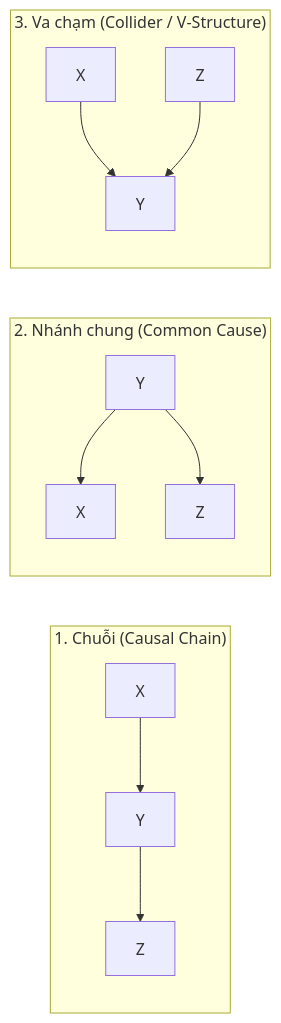
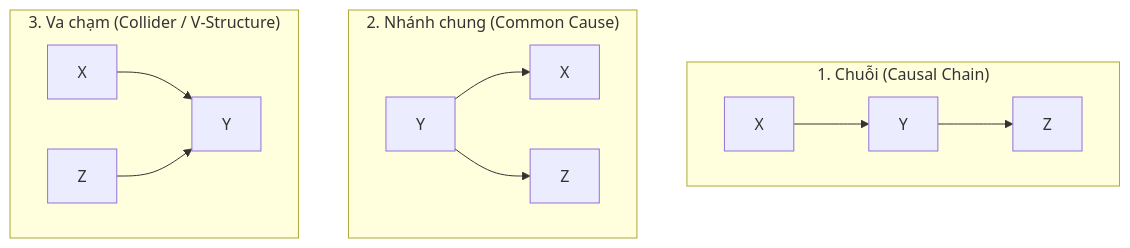
The second of 2 diagrams in docs/bieu-dien-tri-thuc/bai-giang/16-mang-bayes.md (KazinMintori/StudyHub), drawn with Mermaid before and after one commit. The commit also changed 77 other files, not shown here.

````diff
--- a/docs/bieu-dien-tri-thuc/bai-giang/16-mang-bayes.md
+++ b/docs/bieu-dien-tri-thuc/bai-giang/16-mang-bayes.md
@@ -115,14 +115,14 @@
 ```mermaid
-flowchart LR
+flowchart TD
     subgraph C1 ["1. Chuỗi (Causal Chain)"]
         X1["X"] --> Y1["Y"] --> Z1["Z"]
     end
     subgraph C2 ["2. Nhánh chung (Common Cause)"]
         Y2["Y"] --> X2["X"]
         Y2 --> Z2["Z"]
     end
     subgraph C3 ["3. Va chạm (Collider / V-Structure)"]
         X3["X"] --> Y3["Y"]
         Z3["Z"] --> Y3
     end
 ```
````
